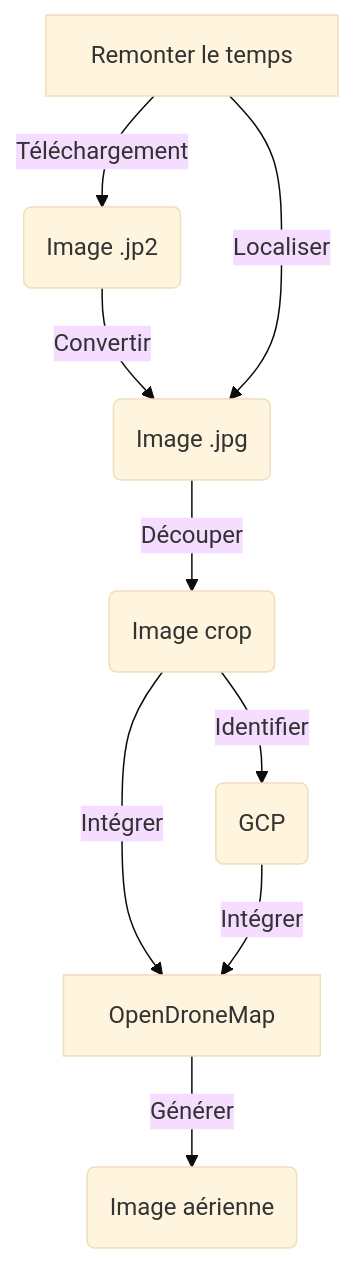
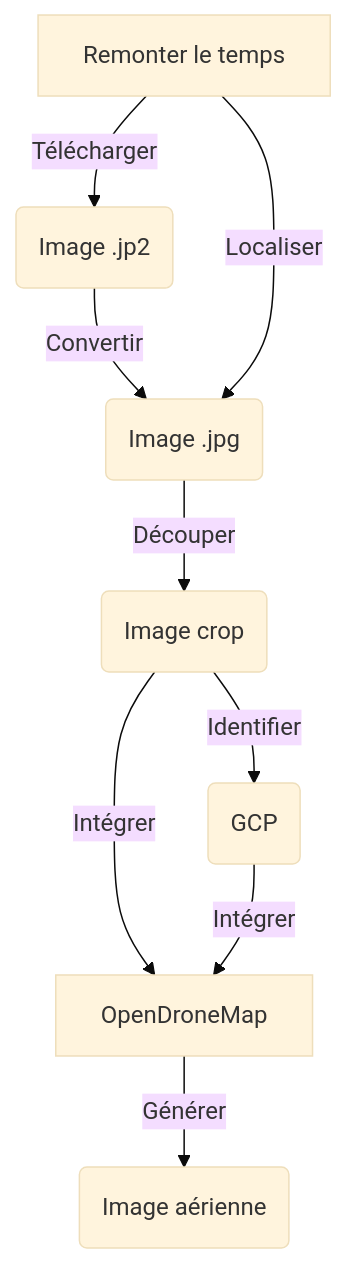
One commit to geotribu/website changed the diagram in content/articles/2023/2023-03-07_images_aeriennes_historiques.md. Above: the diagram before and after it, drawn with Mermaid (base theme). The commit also changed other lines of this file, not shown here.

````diff
--- a/content/articles/2023/2023-03-07_images_aeriennes_historiques.md
+++ b/content/articles/2023/2023-03-07_images_aeriennes_historiques.md
@@ -43,11 +44,11 @@
 ```mermaid
 graph TD
-    A[Remonter le temps] -->|Téléchargement| B(Image .jp2)
+    A[Remonter le temps] -->|Télécharger| B(Image .jp2)
     B -->|Convertir| C(Image .jpg)
     A -->|Localiser| C
     C -->|Découper| R(Image crop)
     R -->|Identifier| D(GCP)
     R -->|Intégrer| E[OpenDroneMap]
     D -->|Intégrer| E
     E -->|Générer| F(Image aérienne)
 ```
````
